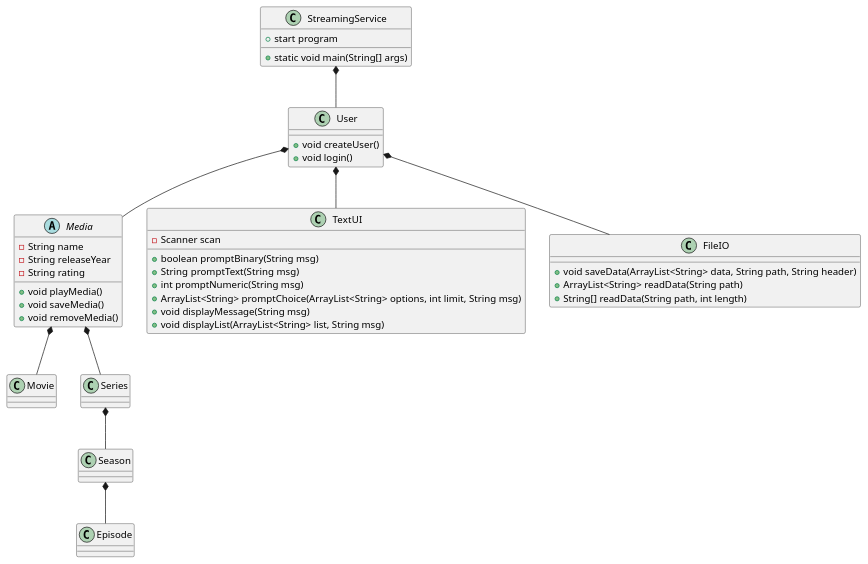
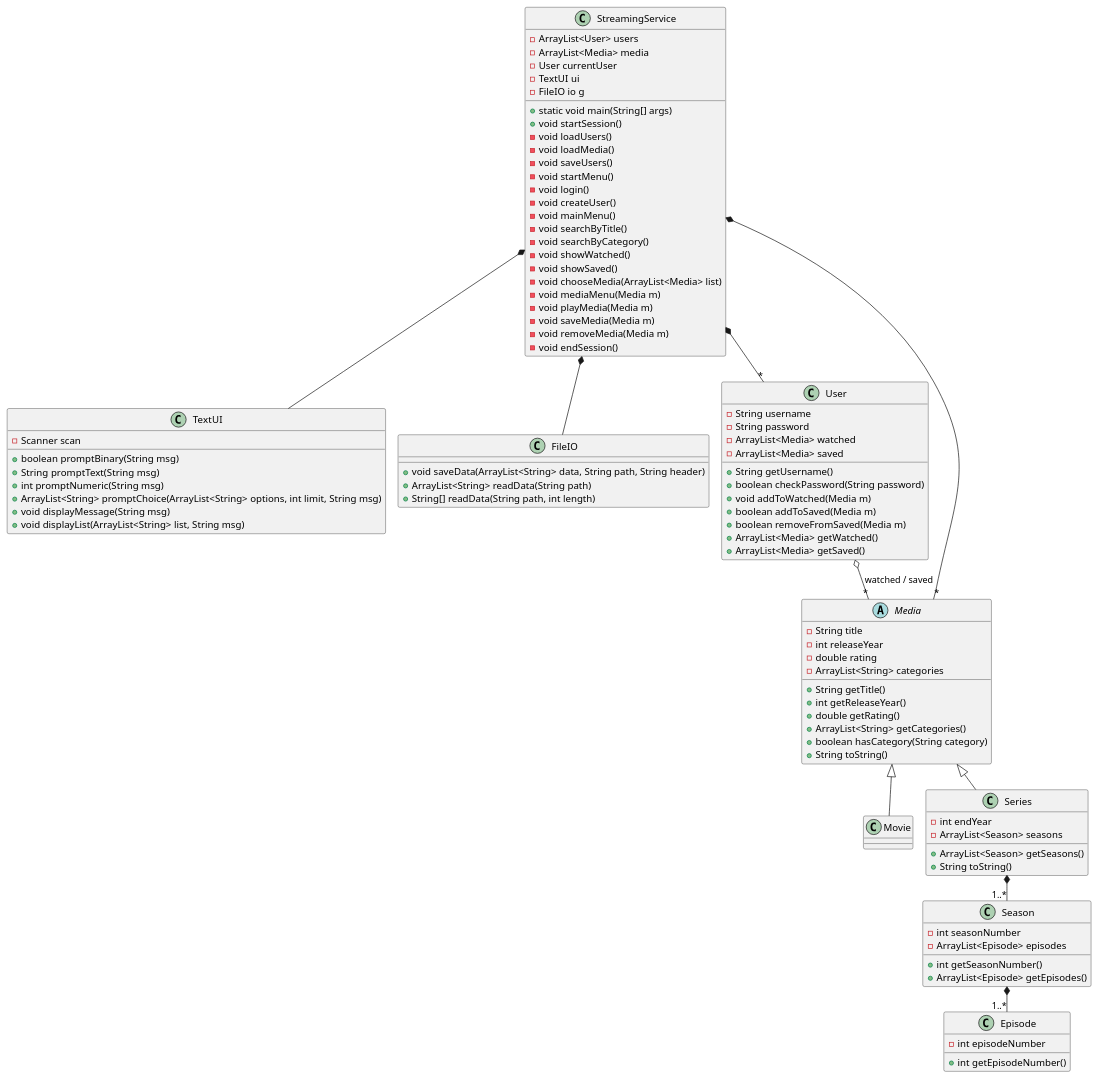
The diagram in doc/Static/ClassDiagram.puml (BenjaFrandsen/SP3-Grp-H), drawn with PlantUML before and after one commit. The commit also changed 7 other files, not shown here.

```diff
--- a/doc/Static/ClassDiagram.puml
+++ b/doc/Static/ClassDiagram.puml
@@ -1,78 +1,115 @@
 @startuml
 'https://plantuml.com/class-diagram
 
-class StreamingService
-class User
-abstract class Media
-class Movie
-class Series
-class Season
-class Episode
-class TextUI
-class FileIO
-
+!pragma layout smetana
 
 class StreamingService {
+- ArrayList<User> users
+- ArrayList<Media> media
+- User currentUser
+- TextUI ui
+- FileIO io g
+
 + static void main(String[] args)
-+ start program
++ void startSession()
+- void loadUsers()
+- void loadMedia()
+- void saveUsers()
+- void startMenu()
+- void login()
+- void createUser()
+- void mainMenu()
+- void searchByTitle()
+- void searchByCategory()
+- void showWatched()
+- void showSaved()
+- void chooseMedia(ArrayList<Media> list)
+- void mediaMenu(Media m)
+- void playMedia(Media m)
+- void saveMedia(Media m)
+- void removeMedia(Media m)
+- void endSession()
 }
 
 class TextUI{
 - Scanner scan
 + boolean promptBinary(String msg)
 + String promptText(String msg)
 + int promptNumeric(String msg)
 + ArrayList<String> promptChoice(ArrayList<String> options, int limit, String msg)
 + void displayMessage(String msg)
 + void displayList(ArrayList<String> list, String msg)
 }
 
 class FileIO{
 + void saveData(ArrayList<String> data, String path, String header)
 + ArrayList<String> readData(String path)
 + String[] readData(String path, int length)
 }
 
 class User {
-+ void createUser()
-+ void login()
+- String username
+- String password
+- ArrayList<Media> watched
+- ArrayList<Media> saved
+
++ String getUsername()
++ boolean checkPassword(String password)
++ void addToWatched(Media m)
++ boolean addToSaved(Media m)
++ boolean removeFromSaved(Media m)
++ ArrayList<Media> getWatched()
++ ArrayList<Media> getSaved()
 }
 
+abstract class Media{
+- String title
+- int releaseYear
+- double rating
+- ArrayList<String> categories
 
-
-abstract class Media{
-- String name
-- String releaseYear
-- String rating
-
-+ void playMedia()
-+ void saveMedia()
-+ void removeMedia()
++ String getTitle()
++ int getReleaseYear()
++ double getRating()
++ ArrayList<String> getCategories()
++ boolean hasCategory(String category)
++ String toString()
 }
 
 class Movie{
 }
 
 class Series{
+-int endYear
+- ArrayList<Season> seasons
+
++ ArrayList<Season> getSeasons()
++ String toString()
 }
 
+class Season{
+- int seasonNumber
+- ArrayList<Episode> episodes
 
++ int getSeasonNumber()
++ ArrayList<Episode> getEpisodes()
+}
 
-StreamingService *-- User
-User *-- Media
+class Episode{
+- int episodeNumber
 
-User *-- FileIO
-User *-- TextUI
++ int getEpisodeNumber()
+}
 
+StreamingService *-- TextUI
+StreamingService *-- FileIO
+StreamingService *-- "*" User
+StreamingService *-- "*" Media
+User o-- "*" Media : watched / saved
 
-Media *-- Movie
-Media *-- Series
-Series *-- Season
-Season *-- Episode
-
-
-
-
-
+Media <|-- Movie
+Media <|-- Series
+Series *-- "1..*" Season
+Season *-- "1..*" Episode
 
 @enduml
```
